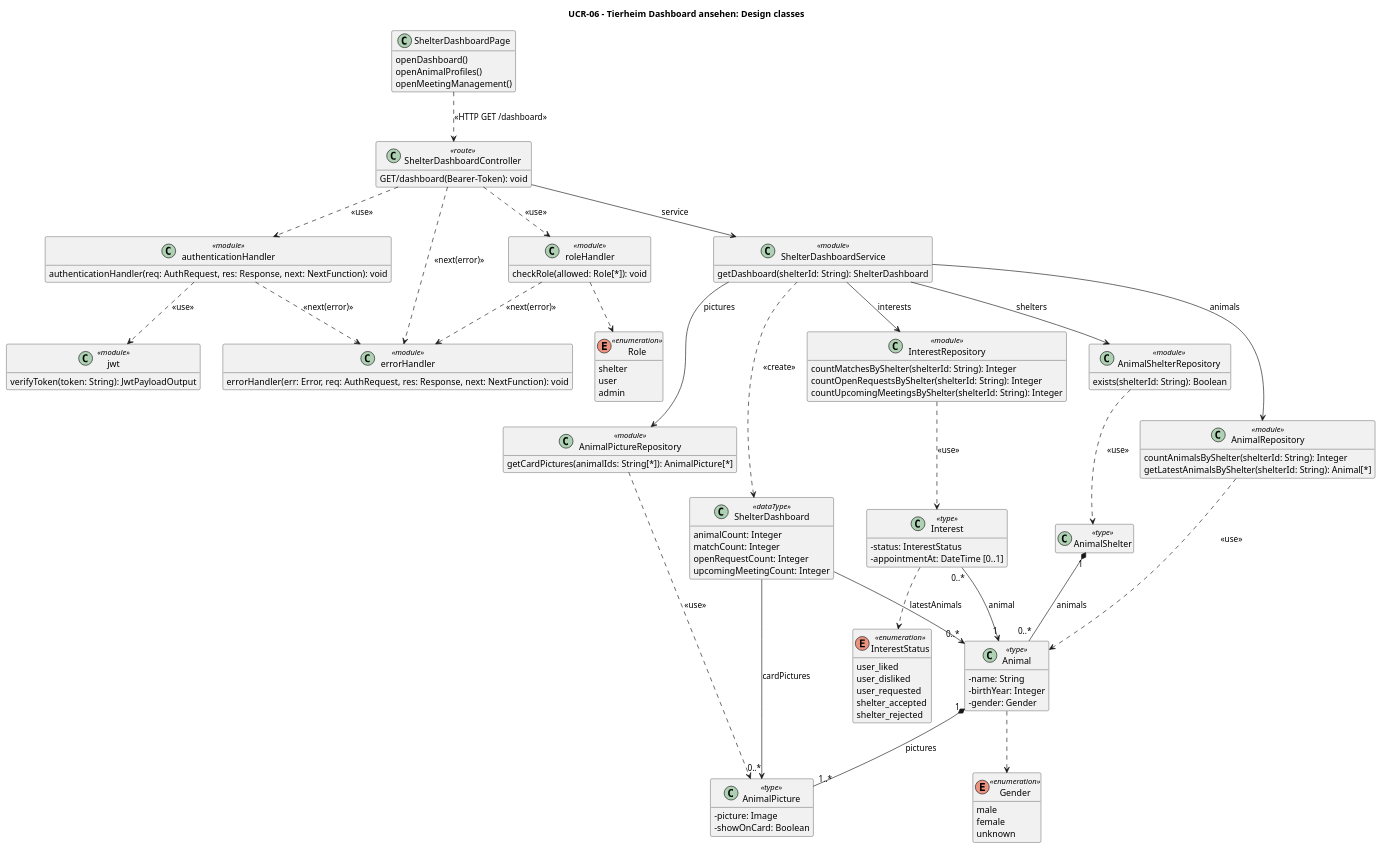
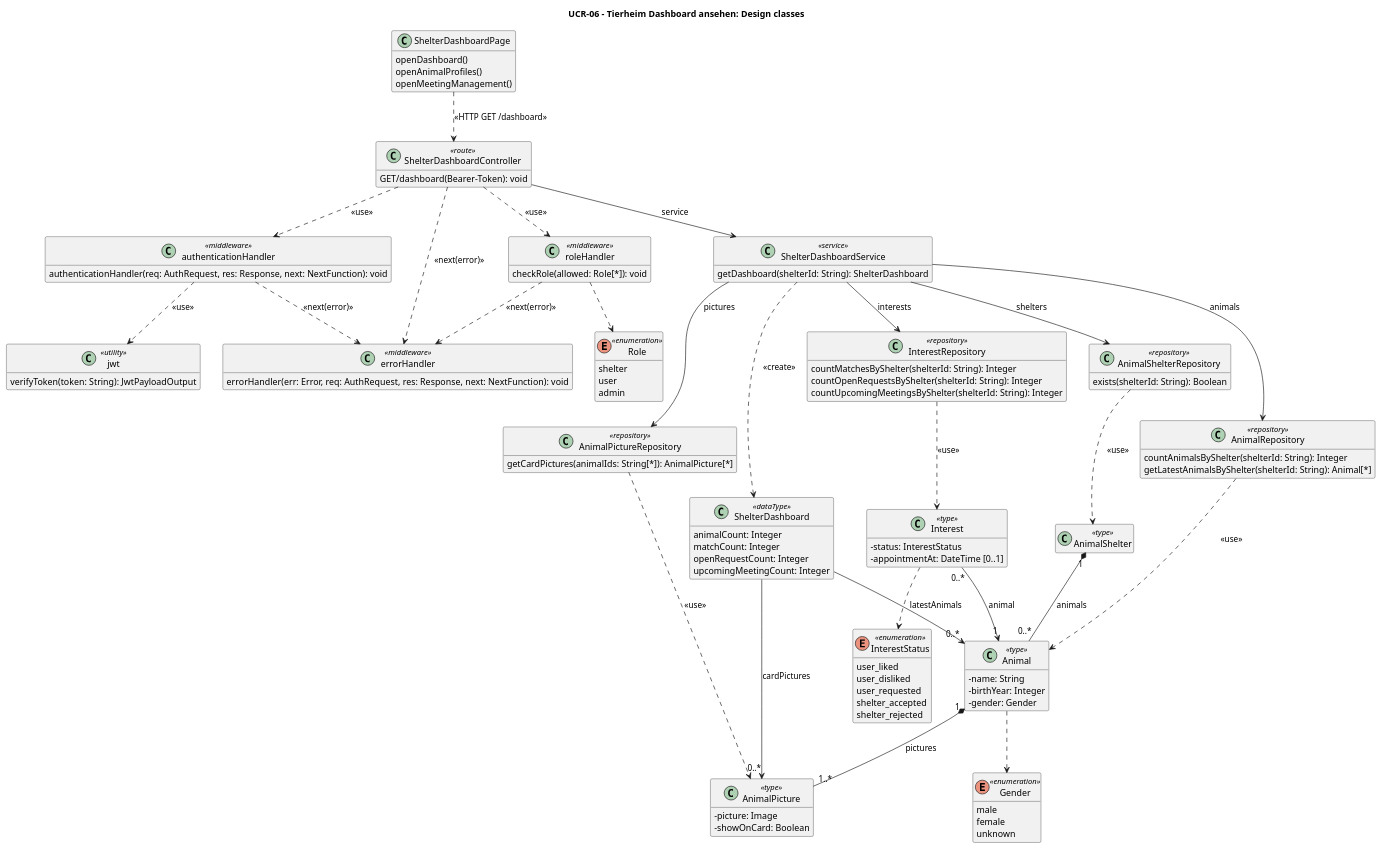
Before and after one commit to ImConsti/CoupleGOATS: the diagram in docs/diagrams/UCR-06_classes.puml, drawn with PlantUML. The commit also changed 1 other file, not shown here.

```diff
--- a/docs/diagrams/UCR-06_classes.puml
+++ b/docs/diagrams/UCR-06_classes.puml
@@ -1,137 +1,137 @@
 @startuml UCR-06_classes
 title UCR-06 – Tierheim Dashboard ansehen: Design classes
 hide empty members
 skinparam classAttributeIconSize 0
 
 class ShelterDashboardPage {
   openDashboard()
   openAnimalProfiles()
   openMeetingManagement()
 }
 
 class ShelterDashboardController <<route>> {
 GET/dashboard(Bearer-Token): void
 }
 
 
-class authenticationHandler <<module>> {
+class authenticationHandler <<middleware>> {
   authenticationHandler(req: AuthRequest, res: Response, next: NextFunction): void
 }
 
-class roleHandler <<module>> {
+class roleHandler <<middleware>> {
   checkRole(allowed: Role[*]): void
 }
 
-class jwt <<module>> {
+class jwt <<utility>> {
   verifyToken(token: String): JwtPayloadOutput
 }
 
-class errorHandler <<module>> {
+class errorHandler <<middleware>> {
   errorHandler(err: Error, req: AuthRequest, res: Response, next: NextFunction): void
 }
 
 
-class ShelterDashboardService <<module>> {
+class ShelterDashboardService <<service>> {
   getDashboard(shelterId: String): ShelterDashboard
 }
 
 class ShelterDashboard <<dataType>> {
   animalCount: Integer
   matchCount: Integer
   openRequestCount: Integer
   upcomingMeetingCount: Integer
 }
 
-class AnimalShelterRepository <<module>> {
+class AnimalShelterRepository <<repository>> {
    exists(shelterId: String): Boolean
 }
 
-class AnimalRepository <<module>> {
+class AnimalRepository <<repository>> {
   countAnimalsByShelter(shelterId: String): Integer
   getLatestAnimalsByShelter(shelterId: String): Animal[*]
 }
 
-class InterestRepository <<module>> {
+class InterestRepository <<repository>> {
   countMatchesByShelter(shelterId: String): Integer
   countOpenRequestsByShelter(shelterId: String): Integer
   countUpcomingMeetingsByShelter(shelterId: String): Integer
 }
 
-class AnimalPictureRepository <<module>> {
+class AnimalPictureRepository <<repository>> {
   getCardPictures(animalIds: String[*]): AnimalPicture[*]
 }
 
 class AnimalShelter <<type>> {
 
 }
 
 class Animal <<type>> {
   - name: String
   - birthYear: Integer
   - gender: Gender
 }
 
 class AnimalPicture <<type>> {
   - picture: Image
   - showOnCard: Boolean
 }
 
 class Interest <<type>> {
   - status: InterestStatus
   - appointmentAt: DateTime [0..1]
 }
 
 enum InterestStatus <<enumeration>> {
   user_liked
   user_disliked
   user_requested
   shelter_accepted
   shelter_rejected
 }
 
 enum Gender <<enumeration>> {
   male
   female
   unknown
 }
 
 enum Role <<enumeration>> {
   shelter
   user
   admin
 }
 
 ShelterDashboardController ..> authenticationHandler : <<use>>
 ShelterDashboardController ..> roleHandler : <<use>>
 ShelterDashboardController --> ShelterDashboardService : service
 
 Animal ..> Gender
 roleHandler ..> Role
 
 
 ShelterDashboardPage ..> ShelterDashboardController : <<HTTP GET /dashboard>>
 authenticationHandler ..> jwt : <<use>>
 
 authenticationHandler ..> errorHandler : <<next(error)>>
 roleHandler ..> errorHandler : <<next(error)>>
 ShelterDashboardController ..> errorHandler : <<next(error)>>
 
 ShelterDashboardService --> AnimalShelterRepository : shelters
 ShelterDashboardService --> AnimalRepository : animals
 ShelterDashboardService --> InterestRepository : interests
 ShelterDashboardService --> AnimalPictureRepository : pictures
 ShelterDashboardService ..> ShelterDashboard : <<create>>
 
 AnimalShelterRepository ..> AnimalShelter : <<use>>
 AnimalRepository ..> Animal : <<use>>
 InterestRepository ..> Interest : <<use>>
 AnimalPictureRepository ..> AnimalPicture : <<use>>
 
 AnimalShelter "1" *-- "0..*" Animal : animals
 Animal "1" *-- "1..*" AnimalPicture : pictures
 Interest "0..*" --> "1" Animal : animal
 Interest ..> InterestStatus
 ShelterDashboard --> "0..*" Animal : latestAnimals
 ShelterDashboard --> "0..*" AnimalPicture : cardPictures
 
 @enduml
```
